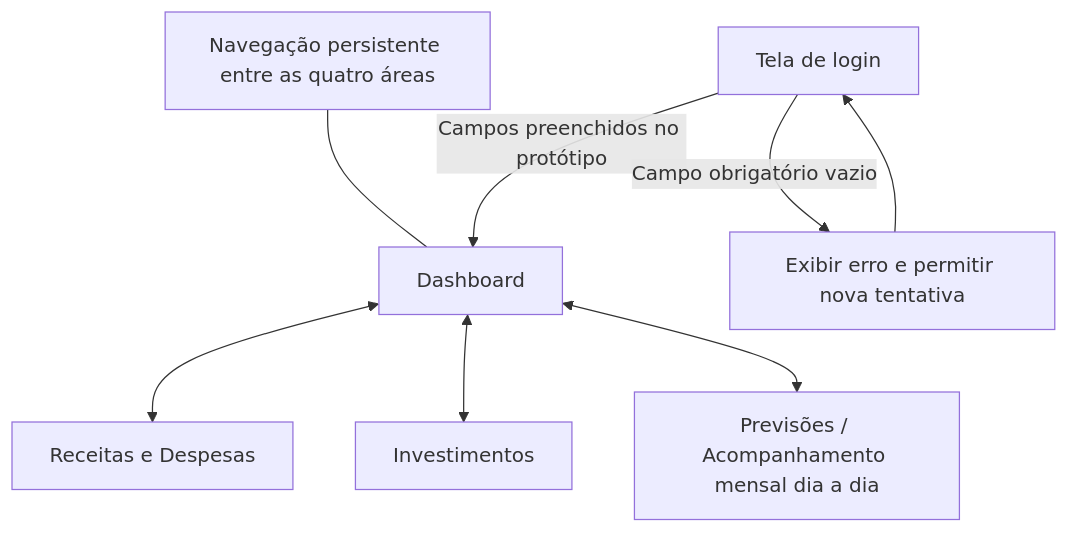
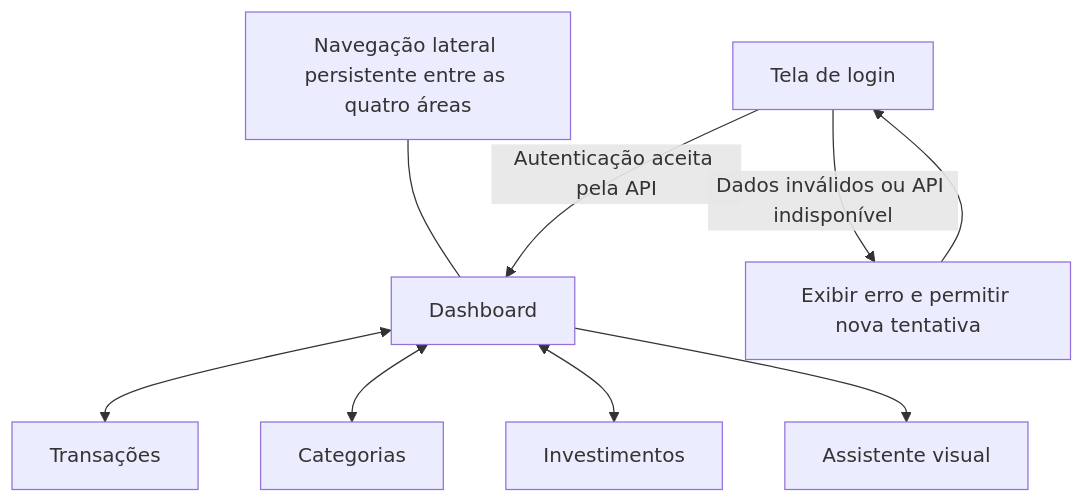
Before and after one commit to marco0Fonseca/Budget-Wallet: the diagram in docs/USER-FLOW.md, drawn with Mermaid. The commit also changed other lines of this file and 4 other files, not shown here.

````diff
--- a/docs/USER-FLOW.md
+++ b/docs/USER-FLOW.md
@@ -9,10 +9,11 @@
 ```mermaid
 flowchart TD
-    L[Tela de login] -->|Campos preenchidos no protótipo| D[Dashboard]
-    L -->|Campo obrigatório vazio| E[Exibir erro e permitir nova tentativa]
+    L[Tela de login] -->|Autenticação aceita pela API| D[Dashboard]
+    L -->|Dados inválidos ou API indisponível| E[Exibir erro e permitir nova tentativa]
     E --> L
-    D <--> R[Receitas e Despesas]
+    D <--> R[Transações]
+    D <--> C[Categorias]
     D <--> I[Investimentos]
-    D <--> P[Previsões / Acompanhamento mensal dia a dia]
-    N[Navegação persistente entre as quatro áreas] --- D
+    N[Navegação lateral persistente entre as quatro áreas] --- D
+    D --> A[Assistente visual]
 ```
````
